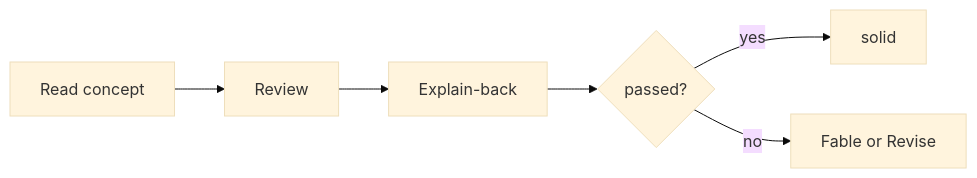
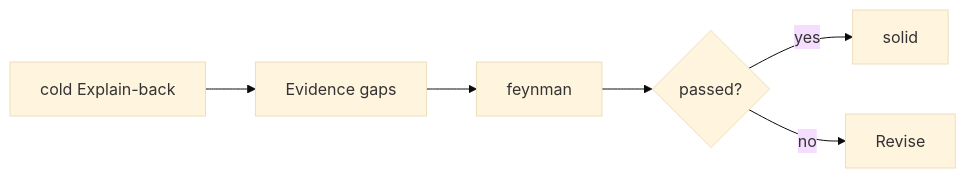
One commit to dylanchen1925/zhuomo changed the diagram in USER-GUIDE.md. Above: the diagram before and after it, drawn with Mermaid (base theme). The commit also changed other lines of this file and 16 other files, not shown here.

````diff
--- a/USER-GUIDE.md
+++ b/USER-GUIDE.md
@@ -130,8 +129,8 @@
 ```mermaid
 flowchart LR
-  R[Read concept] --> V[Review]
-  V --> E[Explain-back]
-  E --> P{passed?}
+  C[cold Explain-back] --> E[Evidence gaps]
+  E --> F[feynman]
+  F --> P{passed?}
   P -->|yes| S[solid]
-  P -->|no| F[Fable or Revise]
+  P -->|no| R[Revise]
 ```
````
